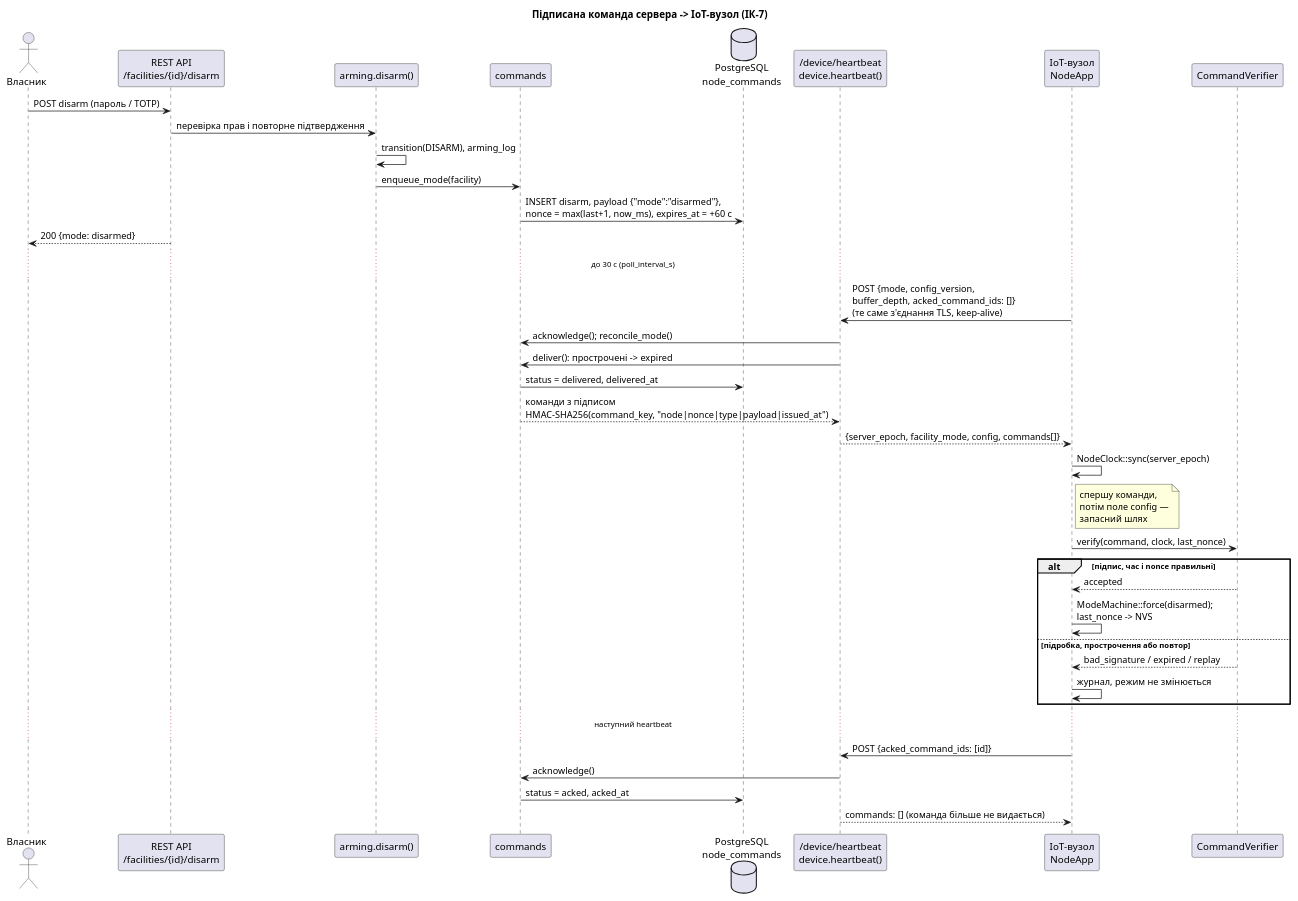
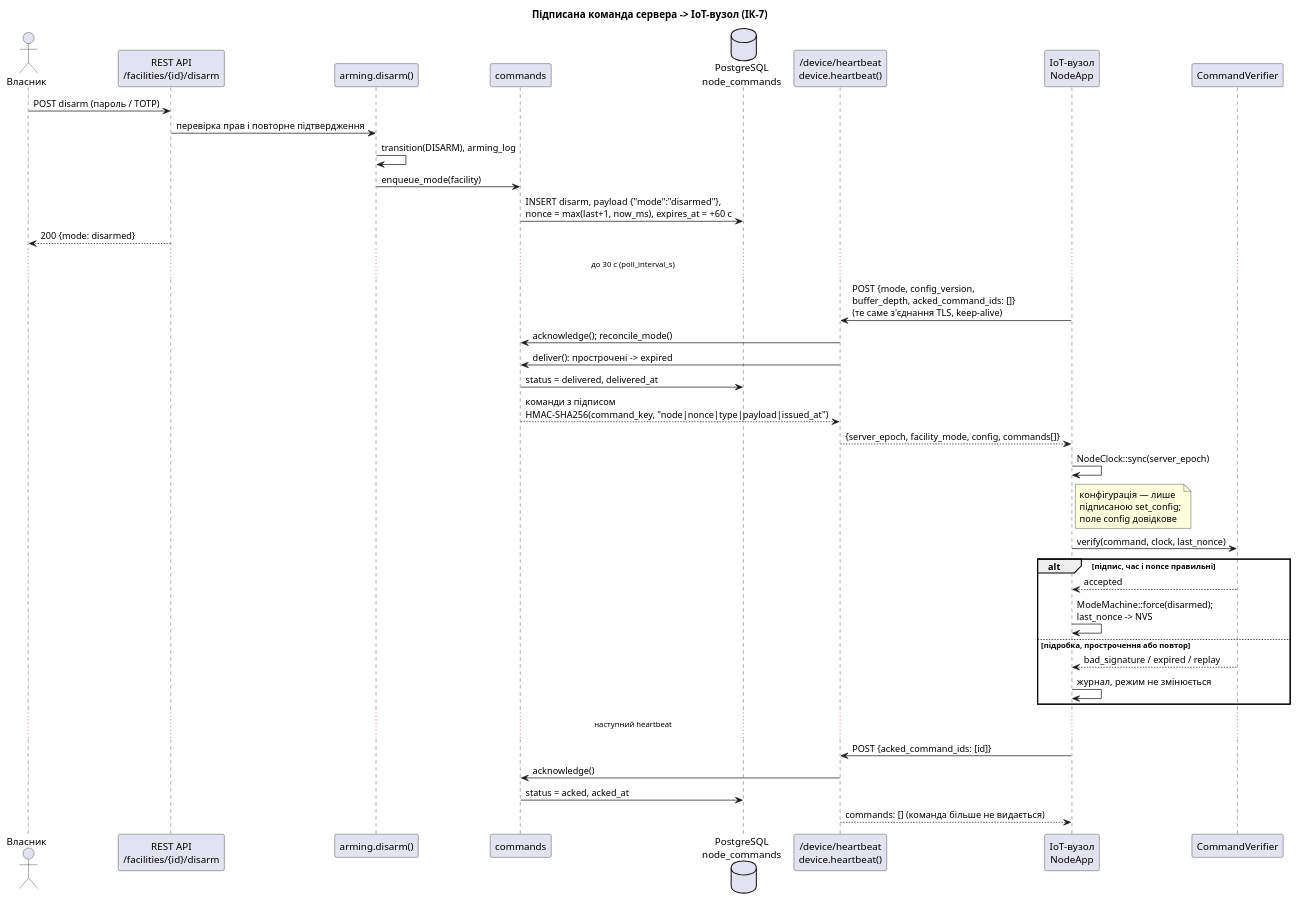
Before and after one commit to NureDribnytsiaNazar/oberih: the diagram in docs/diagrams/iot-sequence-command.puml, drawn with PlantUML. The commit also changed 7 other files, not shown here.

First line of the commit message:
IoT: конфігурація лише з підписаної команди set_config

```diff
--- a/docs/diagrams/iot-sequence-command.puml
+++ b/docs/diagrams/iot-sequence-command.puml
@@ -1,51 +1,51 @@
 @startuml iot-sequence-command
 ' Діаграма взаємодії: команда зняття з охорони від користувача до вузла.
 ' Код: server/app/services/arming.py (disarm), commands.py (enqueue_mode,
 ' deliver, acknowledge), device.py (heartbeat); iot/src/node_app.cpp
 ' (service_heartbeat, process_command), command_verifier.cpp (verify).
 skinparam shadowing false
 skinparam defaultFontName Arial
 title Підписана команда сервера -> IoT-вузол (ІК-7)
 
 actor "Власник" as User
 participant "REST API\n/facilities/{id}/disarm" as Api
 participant "arming.disarm()" as Arming
 participant "commands" as Commands
 database "PostgreSQL\nnode_commands" as Db
 participant "/device/heartbeat\ndevice.heartbeat()" as Heartbeat
 participant "IoT-вузол\nNodeApp" as Node
 participant "CommandVerifier" as Verifier
 
 User -> Api : POST disarm (пароль / TOTP)
 Api -> Arming : перевірка прав і повторне підтвердження
 Arming -> Arming : transition(DISARM), arming_log
 Arming -> Commands : enqueue_mode(facility)
 Commands -> Db : INSERT disarm, payload {"mode":"disarmed"},\nnonce = max(last+1, now_ms), expires_at = +60 c
 Api --> User : 200 {mode: disarmed}
 
 ... до 30 с (poll_interval_s) ...
 
 Node -> Heartbeat : POST {mode, config_version,\nbuffer_depth, acked_command_ids: []}\n(те саме з'єднання TLS, keep-alive)
 Heartbeat -> Commands : acknowledge(); reconcile_mode()
 Heartbeat -> Commands : deliver(): прострочені -> expired
 Commands -> Db : status = delivered, delivered_at
 Commands --> Heartbeat : команди з підписом\nHMAC-SHA256(command_key, "node|nonce|type|payload|issued_at")
 Heartbeat --> Node : {server_epoch, facility_mode, config, commands[]}
 Node -> Node : NodeClock::sync(server_epoch)
-note right of Node : спершу команди,\nпотім поле config —\nзапасний шлях
+note right of Node : конфігурація — лише\nпідписаною set_config;\nполе config довідкове
 Node -> Verifier : verify(command, clock, last_nonce)
 alt підпис, час і nonce правильні
   Verifier --> Node : accepted
   Node -> Node : ModeMachine::force(disarmed);\nlast_nonce -> NVS
 else підробка, прострочення або повтор
   Verifier --> Node : bad_signature / expired / replay
   Node -> Node : журнал, режим не змінюється
 end
 
 ... наступний heartbeat ...
 
 Node -> Heartbeat : POST {acked_command_ids: [id]}
 Heartbeat -> Commands : acknowledge()
 Commands -> Db : status = acked, acked_at
 Heartbeat --> Node : commands: [] (команда більше не видається)
 @enduml
```
